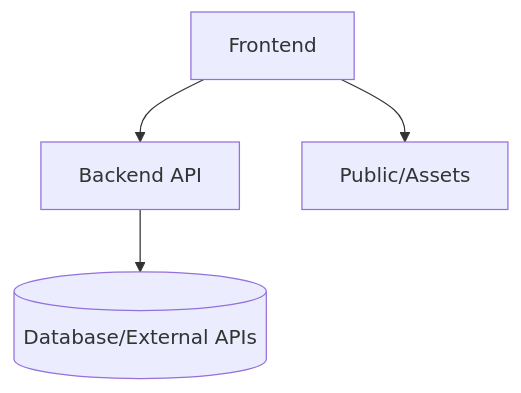
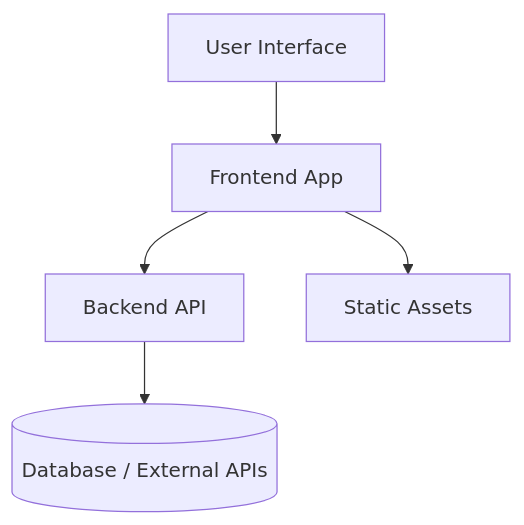
The diagram in docs/overview.md (Yugenjr/OdooxKAHE), drawn with Mermaid before and after one commit. The commit also changed other lines of this file and 4 other files, not shown here.

````diff
--- a/docs/overview.md
+++ b/docs/overview.md
@@ -20,6 +19,7 @@
 ```mermaid
-flowchart TD
-  UI[Frontend] --> API[Backend API]
-  API --> DB[(Database/External APIs)]
-  UI --> Assets[Public/Assets]
+flowchart TB
+  User[User Interface] --> Frontend[Frontend App]
+  Frontend --> API[Backend API]
+  API --> DB[(Database / External APIs)]
+  Frontend --> Assets[Static Assets]
 ```
````
